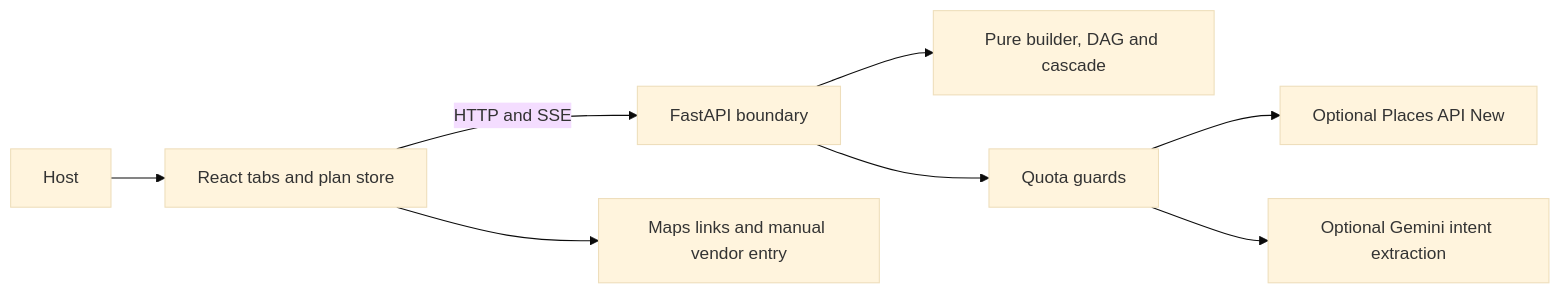
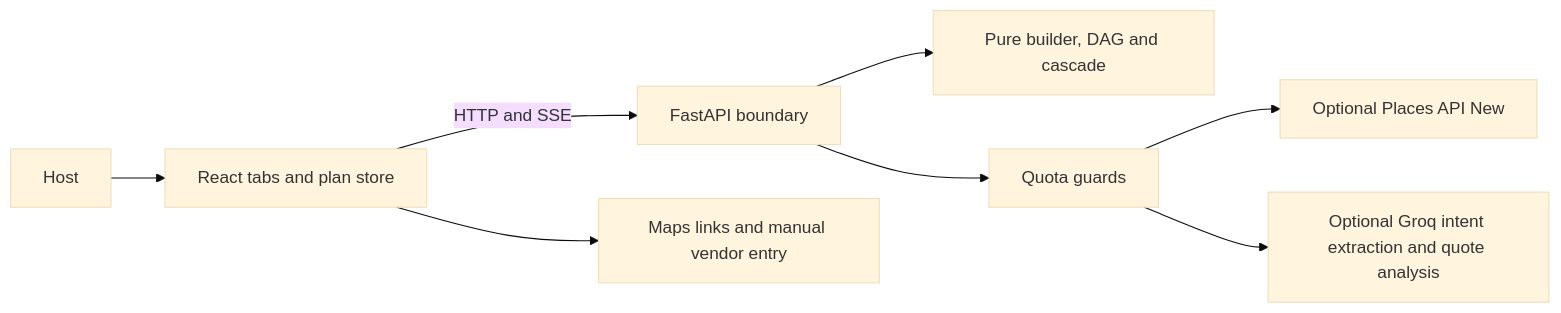
The diagram in README.md (avz-sharma/EvePlan), drawn with Mermaid (base theme) before and after one commit. The commit also changed other lines of this file and 23 other files, not shown here.

````diff
--- a/README.md
+++ b/README.md
@@ -7,10 +7,10 @@
 ```mermaid
 flowchart LR
   Host --> UI[React tabs and plan store]
   UI -->|HTTP and SSE| API[FastAPI boundary]
   API --> Engine[Pure builder, DAG and cascade]
   API --> Guards[Quota guards]
   Guards --> Places[Optional Places API New]
-  Guards --> Gemini[Optional Gemini intent extraction]
+  Guards --> Groq[Optional Groq intent extraction and quote analysis]
   UI --> Manual[Maps links and manual vendor entry]
 ```
````
